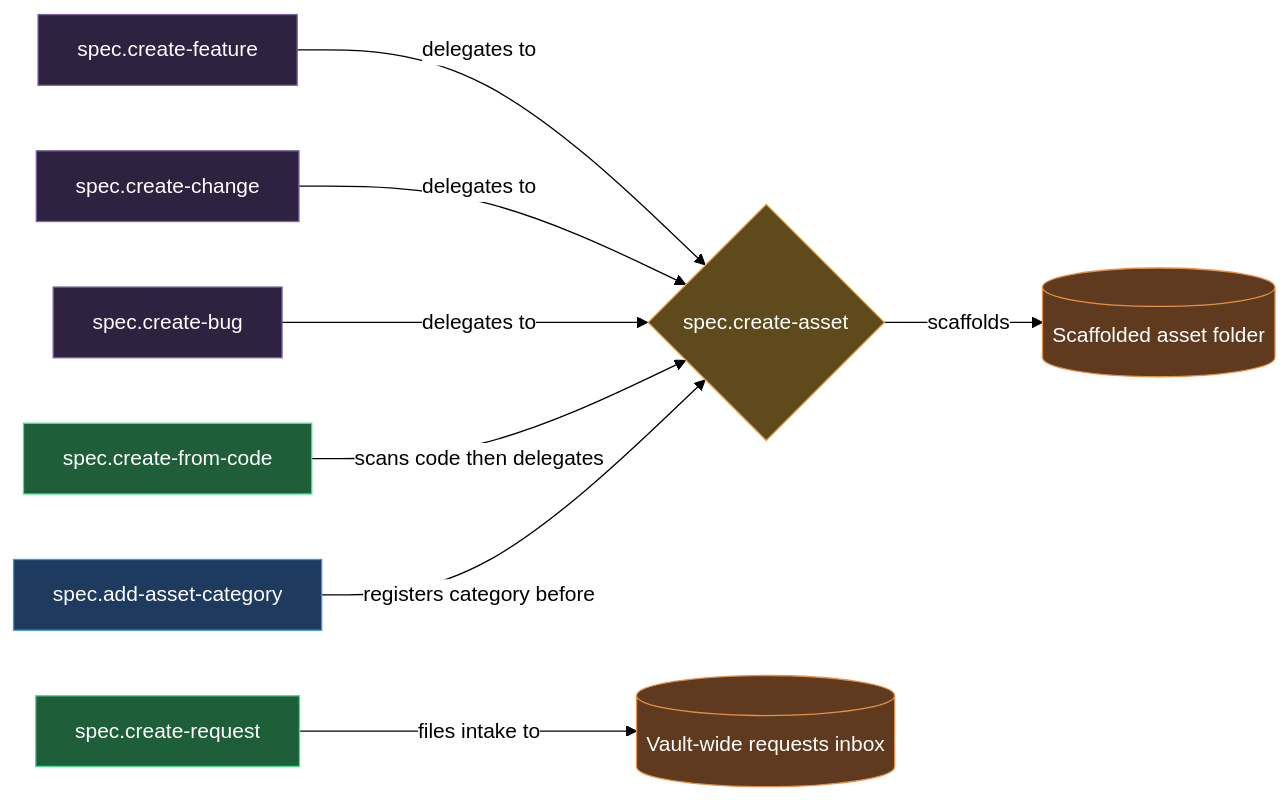
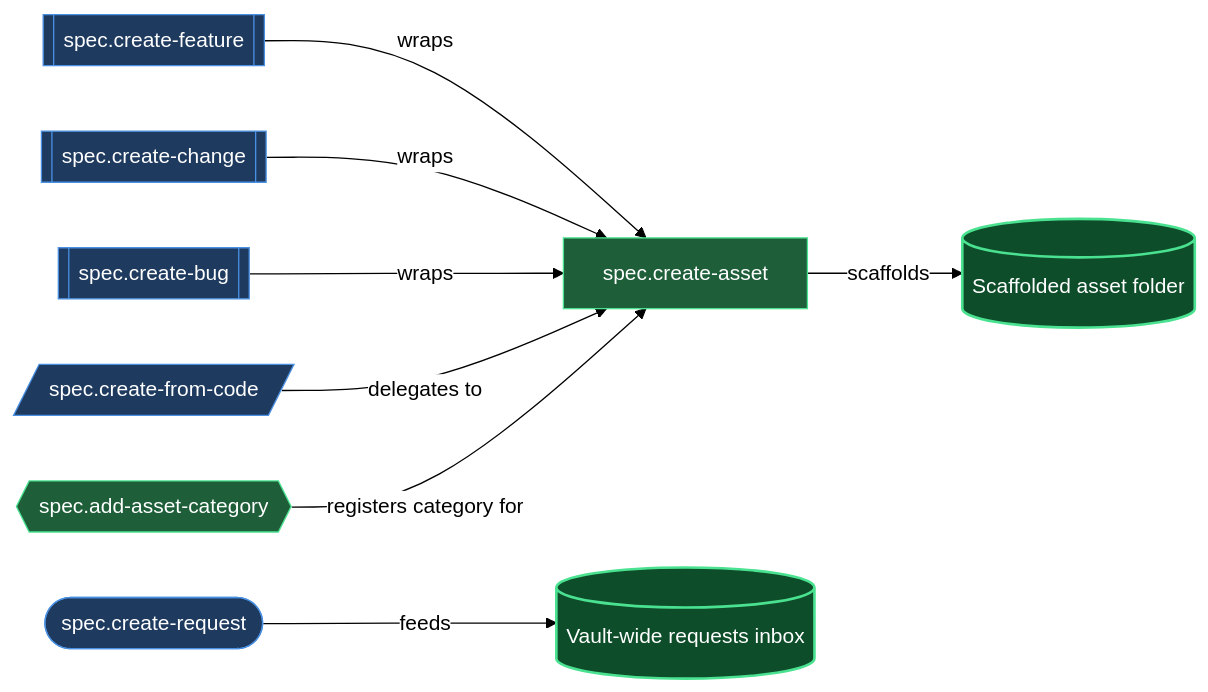
Before and after one commit to mebius-san/lazy-cortex: the diagram in claude/lazycortex-specs/help/authoring.md, drawn with Mermaid. The commit also changed other lines of this file and 16 other files, not shown here.

````diff
--- a/claude/lazycortex-specs/help/authoring.md
+++ b/claude/lazycortex-specs/help/authoring.md
@@ -60,37 +60,29 @@
 ```mermaid
 %%{init: {'themeVariables':{'background':'transparent','lineColor':'#000','textColor':'#000','edgeLabelBackground':'#fff'},'themeCSS':'.edgeLabel{background-color:transparent!important}.edgeLabel p{background-color:transparent!important}','flowchart':{'diagramPadding':5,'useMaxWidth':true}}}%%
 flowchart LR
-  specCreateFeature[spec.create-feature]
-  specCreateChange[spec.create-change]
-  specCreateBug[spec.create-bug]
-  specCreateFromCode[spec.create-from-code]
-  specAddAssetCategory[spec.add-asset-category]
-  specCreateAsset{spec.create-asset}
-  specCreateRequest[spec.create-request]
-  scaffoldedAssetFolder[(Scaffolded asset folder)]
-  requestsInbox[(Vault-wide requests inbox)]
+  createFeature[[spec.create-feature]]
+  createChange[[spec.create-change]]
+  createBug[[spec.create-bug]]
+  createFromCode[/spec.create-from-code/]
+  createRequest([spec.create-request])
+  addAssetCategory{{spec.add-asset-category}}
+  createAsset[spec.create-asset]
+  assetFolderStore[(Scaffolded asset folder)]
+  requestsInboxStore[(Vault-wide requests inbox)]
 
-  specCreateFeature -->|delegates to| specCreateAsset
-  specCreateChange -->|delegates to| specCreateAsset
-  specCreateBug -->|delegates to| specCreateAsset
-  specCreateFromCode -->|scans code then delegates| specCreateAsset
-  specAddAssetCategory -->|registers category before| specCreateAsset
-  specCreateAsset -->|scaffolds| scaffoldedAssetFolder
-  specCreateRequest -->|files intake to| requestsInbox
+  createFeature -->|wraps| createAsset
+  createChange -->|wraps| createAsset
+  createBug -->|wraps| createAsset
+  createFromCode -->|delegates to| createAsset
+  addAssetCategory -->|registers category for| createAsset
+  createAsset -->|scaffolds| assetFolderStore
+  createRequest -->|feeds| requestsInboxStore
 
-  classDef sub fill:#2e2240,stroke:#7e63a8,color:#fff
+  classDef entry fill:#1e3a5f,stroke:#4a90e2,color:#fff
   classDef action fill:#1e5f3a,stroke:#4ae290,color:#fff
-  classDef guard fill:#5f4a1e,stroke:#e2a14a,color:#fff
-  classDef entry fill:#1e3a5f,stroke:#4a90e2,color:#fff
-  classDef store fill:#5f3a1e,stroke:#e2904a,color:#fff
+  classDef success fill:#0d4d2a,stroke:#4ae290,color:#fff,stroke-width:2px
 
-  class specCreateFeature sub
-  class specCreateChange sub
-  class specCreateBug sub
-  class specCreateFromCode action
-  class specAddAssetCategory entry
-  class specCreateAsset guard
-  class specCreateRequest action
-  class scaffoldedAssetFolder store
-  class requestsInbox store
+  class createFeature,createChange,createBug,createFromCode,createRequest entry
+  class addAssetCategory,createAsset action
+  class assetFolderStore,requestsInboxStore success
 ```
````
